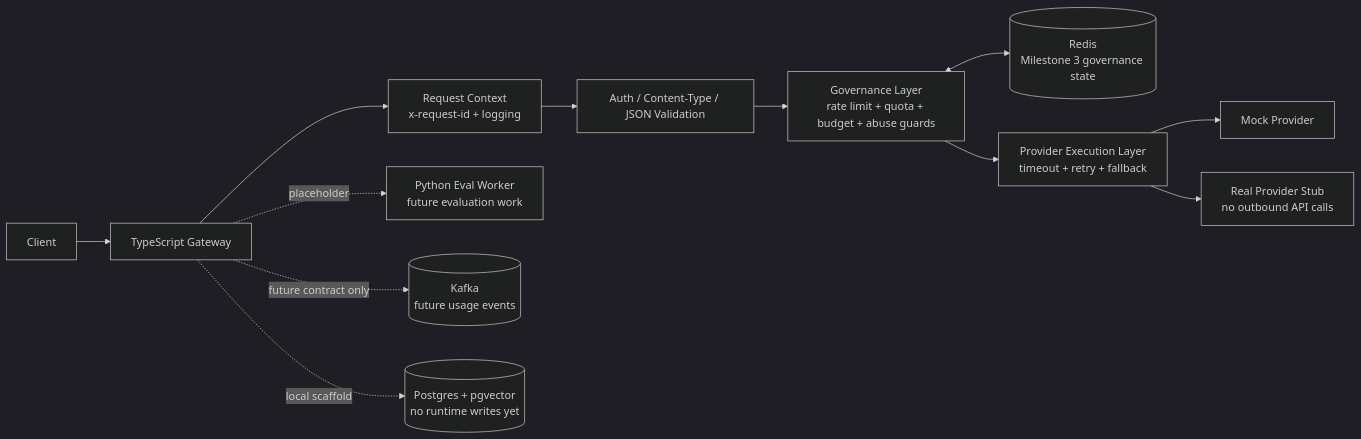
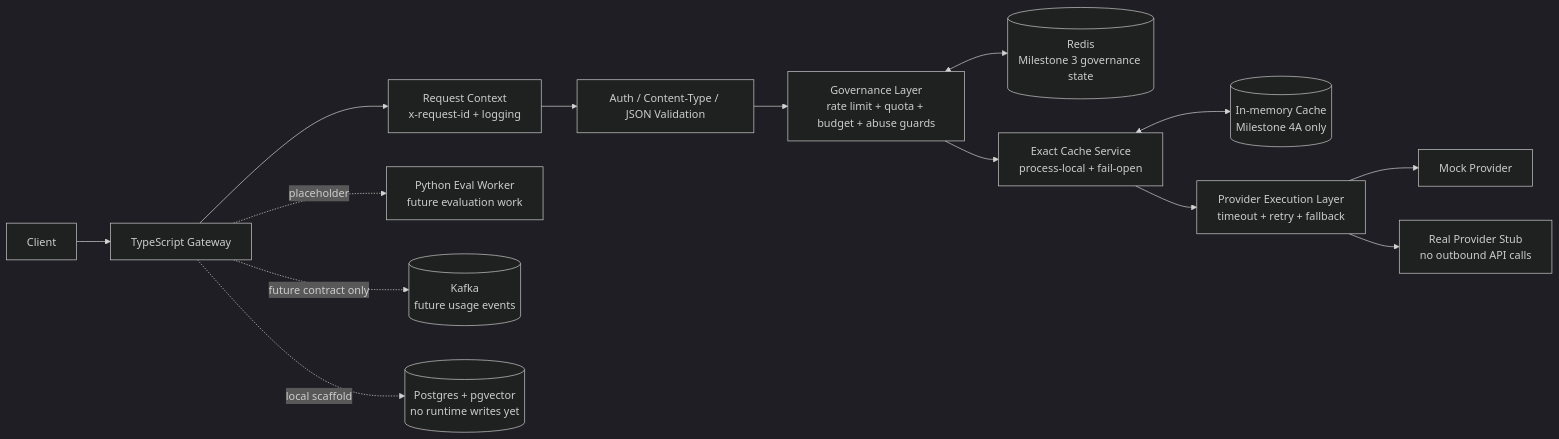
Before and after one commit to AmanCode9/inference-gateway-platform: the diagram in README.md, drawn with Mermaid (dark theme). The commit also changed other lines of this file and 19 other files, not shown here.

Commit message:
feat: add milestone 4A exact cache foundation

````diff
--- a/README.md
+++ b/README.md
@@ -44,14 +52,16 @@
 ```mermaid
 flowchart LR
   Client[Client] --> Gateway[TypeScript Gateway]
   Gateway --> RequestContext[Request Context<br/>x-request-id + logging]
   RequestContext --> AuthValidation[Auth / Content-Type / JSON Validation]
   AuthValidation --> Governance[Governance Layer<br/>rate limit + quota + budget + abuse guards]
   Governance <--> Redis[(Redis<br/>Milestone 3 governance state)]
-  Governance --> ProviderExecution[Provider Execution Layer<br/>timeout + retry + fallback]
+  Governance --> ExactCache[Exact Cache Service<br/>process-local + fail-open]
+  ExactCache <--> CacheRepo[(In-memory Cache<br/>Milestone 4A only)]
+  ExactCache --> ProviderExecution[Provider Execution Layer<br/>timeout + retry + fallback]
   ProviderExecution --> MockProvider[Mock Provider]
   ProviderExecution --> RealStub[Real Provider Stub<br/>no outbound API calls]
   Gateway -. placeholder .-> EvalWorker[Python Eval Worker<br/>future evaluation work]
   Gateway -. future contract only .-> Kafka[(Kafka<br/>future usage events)]
   Gateway -. local scaffold .-> Postgres[(Postgres + pgvector<br/>no runtime writes yet)]
 ```
````
